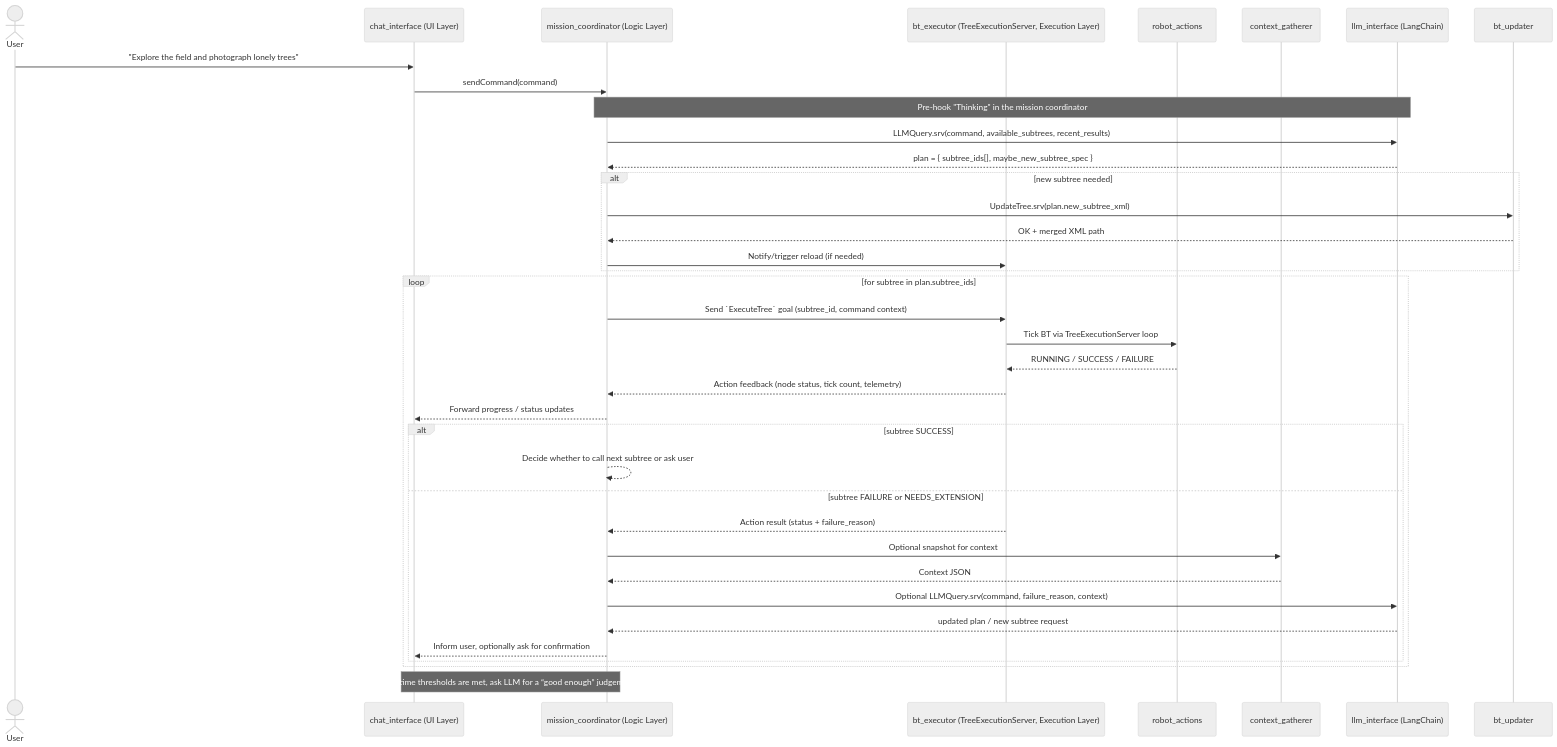
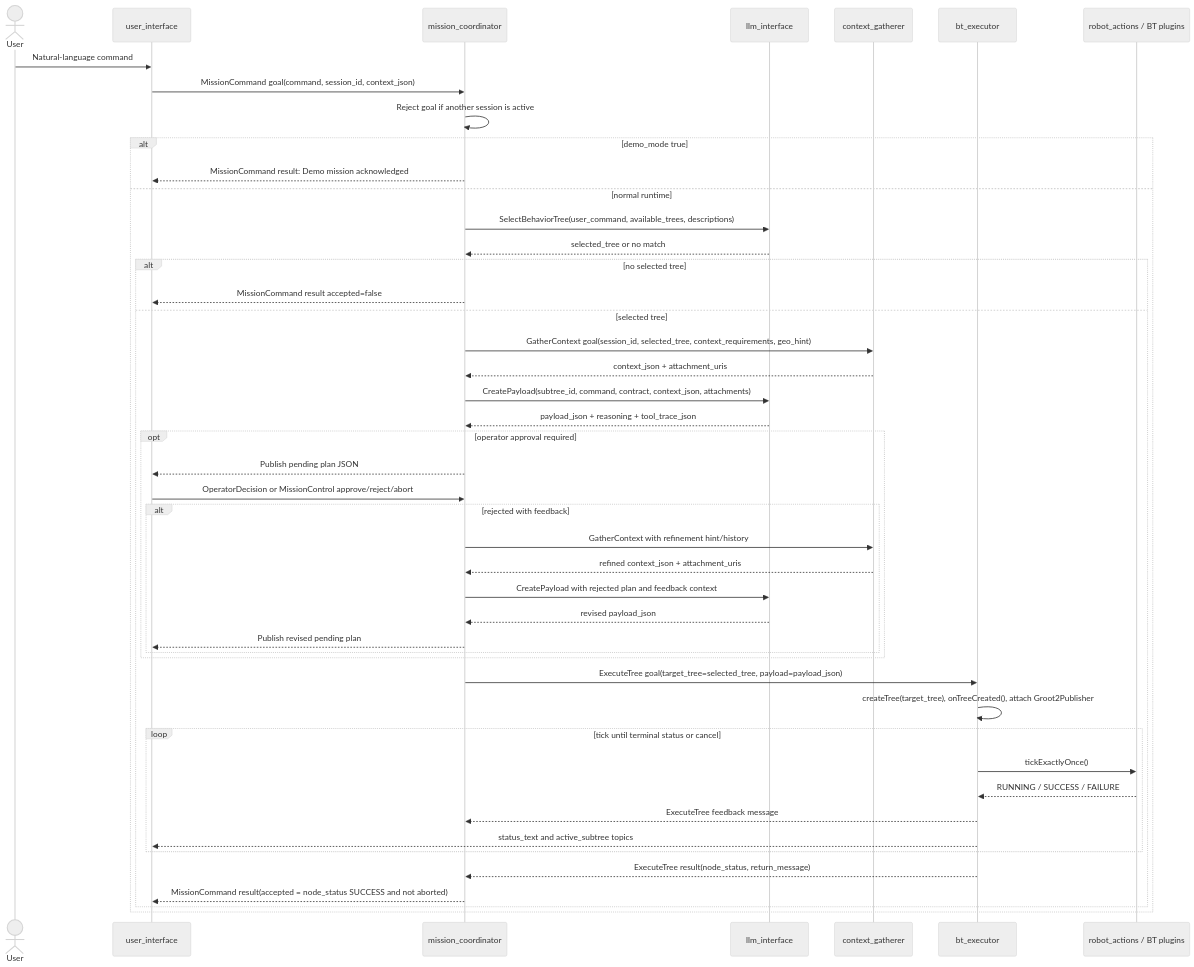
Before and after one commit to mounteverset/generalist_bt_gen: the diagram in architecture.md, drawn with Mermaid (neutral theme). The commit also changed other lines of this file and 3 other files, not shown here.

````diff
--- a/architecture.md
+++ b/architecture.md
@@ -69,45 +93,53 @@
 ```mermaid
 sequenceDiagram
     actor User
-    participant UI as chat_interface (UI Layer)
-    participant Orc as mission_coordinator (Logic Layer)
-    participant Exec as bt_executor (TreeExecutionServer, Execution Layer)
-    participant Skills as robot_actions
+    participant UI as user_interface
+    participant MC as mission_coordinator
+    participant LLM as llm_interface
     participant Ctx as context_gatherer
-    participant LLM as llm_interface (LangChain)
-    participant Upd as bt_updater
+    participant Exec as bt_executor
+    participant BT as robot_actions / BT plugins
 
-    User->>UI: "Explore the field and photograph lonely trees"
-    UI->>Orc: sendCommand(command)
+    User->>UI: Natural-language command
+    UI->>MC: MissionCommand goal(command, session_id, context_json)
+    MC->>MC: Reject goal if another session is active
 
-    Note over Orc,LLM: Pre-hook "Thinking" in the mission coordinator
-    Orc->>LLM: LLMQuery.srv(command, available_subtrees, recent_results)
-    LLM-->>Orc: plan = { subtree_ids[], maybe_new_subtree_spec }
+    alt demo_mode true
+      MC-->>UI: MissionCommand result: Demo mission acknowledged
+    else normal runtime
+      MC->>LLM: SelectBehaviorTree(user_command, available_trees, descriptions)
+      LLM-->>MC: selected_tree or no match
 
-    alt new subtree needed
-      Orc->>Upd: UpdateTree.srv(plan.new_subtree_xml)
-      Upd-->>Orc: OK + merged XML path
-      Orc->>Exec: Notify/trigger reload (if needed)
-    end
+      alt no selected tree
+        MC-->>UI: MissionCommand result accepted=false
+      else selected tree
+        MC->>Ctx: GatherContext goal(session_id, selected_tree, context_requirements, geo_hint)
+        Ctx-->>MC: context_json + attachment_uris
+        MC->>LLM: CreatePayload(subtree_id, command, contract, context_json, attachments)
+        LLM-->>MC: payload_json + reasoning + tool_trace_json
 
-    loop for subtree in plan.subtree_ids
-      Orc->>Exec: Send `ExecuteTree` goal (subtree_id, command context)
-      Exec->>Skills: Tick BT via TreeExecutionServer loop
-      Skills-->>Exec: RUNNING / SUCCESS / FAILURE
-      Exec-->>Orc: Action feedback (node status, tick count, telemetry)
-      Orc-->>UI: Forward progress / status updates
+        opt operator approval required
+          MC-->>UI: Publish pending plan JSON
+          UI->>MC: OperatorDecision or MissionControl approve/reject/abort
+          alt rejected with feedback
+            MC->>Ctx: GatherContext with refinement hint/history
+            Ctx-->>MC: refined context_json + attachment_uris
+            MC->>LLM: CreatePayload with rejected plan and feedback context
+            LLM-->>MC: revised payload_json
+            MC-->>UI: Publish revised pending plan
+          end
+        end
 
-      alt subtree SUCCESS
-        Orc-->>Orc: Decide whether to call next subtree or ask user
-      else subtree FAILURE or NEEDS_EXTENSION
-        Exec-->>Orc: Action result (status + failure_reason)
-        Orc->>Ctx: Optional snapshot for context
-        Ctx-->>Orc: Context JSON
-        Orc->>LLM: Optional LLMQuery.srv(command, failure_reason, context)
-        LLM-->>Orc: updated plan / new subtree request
-        Orc-->>UI: Inform user, optionally ask for confirmation
+        MC->>Exec: ExecuteTree goal(target_tree=selected_tree, payload=payload_json)
+        Exec->>Exec: createTree(target_tree), onTreeCreated(), attach Groot2Publisher
+        loop tick until terminal status or cancel
+          Exec->>BT: tickExactlyOnce()
+          BT-->>Exec: RUNNING / SUCCESS / FAILURE
+          Exec-->>MC: ExecuteTree feedback message
+          Exec-->>UI: status_text and active_subtree topics
+        end
+        Exec-->>MC: ExecuteTree result(node_status, return_message)
+        MC-->>UI: MissionCommand result(accepted = node_status SUCCESS and not aborted)
       end
     end
-
-    Note over Orc,UI: For open-ended goals (e.g., exploration), Orc may stop when coverage/time thresholds are met, ask LLM for a “good enough” judgement, and then ask the user: "Exploration appears complete, stop here?"
 ```
````
